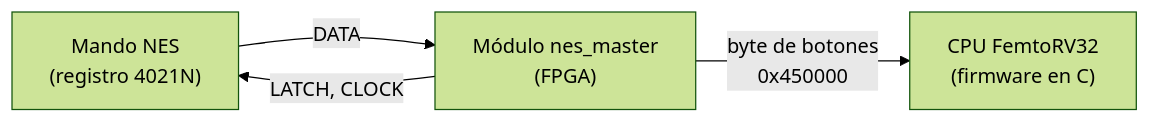
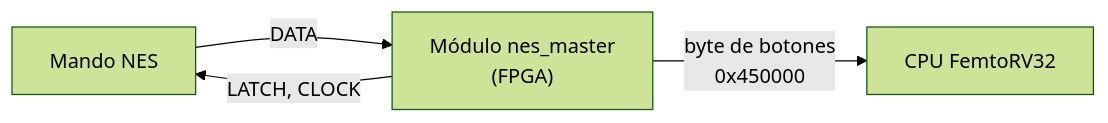
Before and after one commit to KUBIX2026/nes_controller: the first of 2 diagrams in README.md, drawn with Mermaid (forest theme). The commit also changed other lines of this file, not shown here.

````diff
--- a/README.md
+++ b/README.md
@@ -27,6 +25,6 @@
 ```mermaid
 flowchart LR
-    MANDO["Mando NES<br/>(registro 4021N)"] -- "DATA" --> FPGA["Módulo nes_master<br/>(FPGA)"]
+    MANDO["Mando NES"] -- "DATA" --> FPGA["Módulo nes_master<br/>(FPGA)"]
     FPGA -- "LATCH, CLOCK" --> MANDO
-    FPGA -- "byte de botones<br/>0x450000" --> CPU["CPU FemtoRV32<br/>(firmware en C)"]
+    FPGA -- "byte de botones<br/>0x450000" --> CPU["CPU FemtoRV32"]
 ```
````
